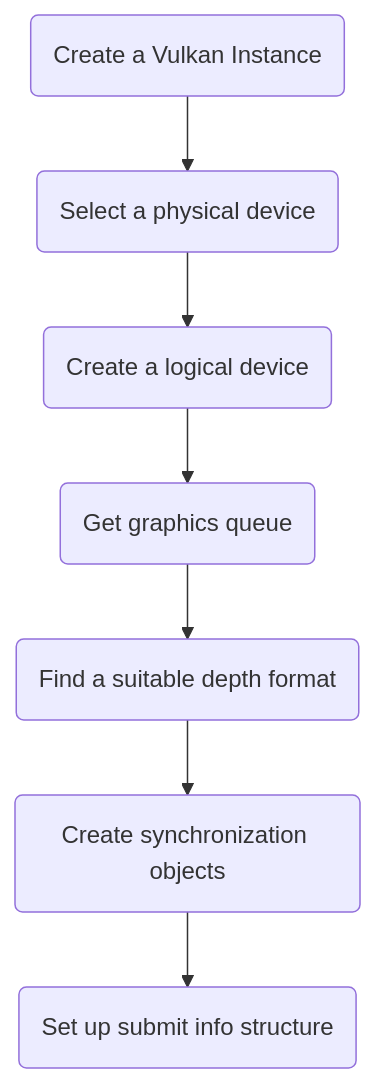
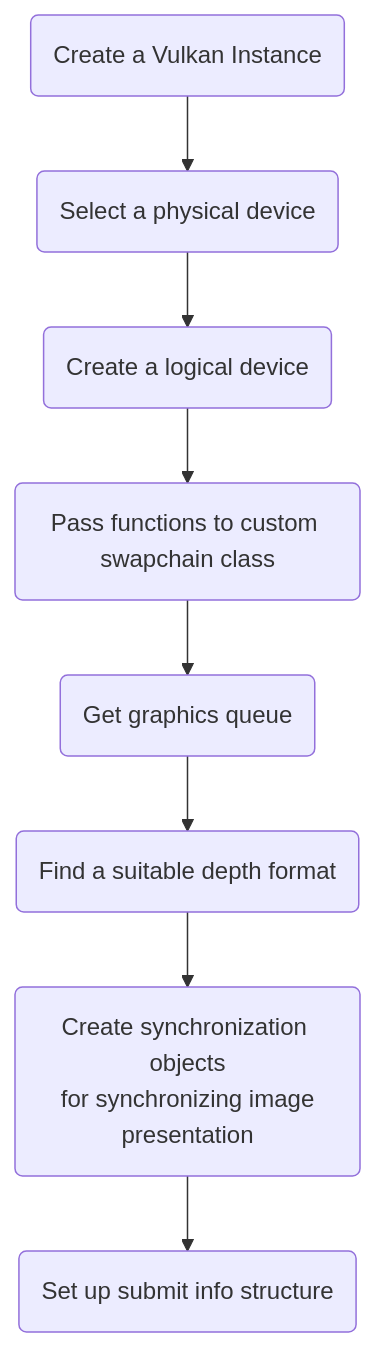
One commit to tsogzark/Vulkan changed the first of 3 diagrams in note.md. Above: the diagram before and after it, drawn with Mermaid. The commit also changed other lines of this file and 1 other file, not shown here.

````diff
--- a/note.md
+++ b/note.md
@@ -7,9 +7,9 @@
 ```mermaid
 flowchart TD
     A1(Create a Vulkan Instance)-->A2(Select a physical device)
-    A2-->A3(Create a logical device)
-    A3-->A4(Get graphics queue)
+    A2-->A3(Create a logical device)-->A8(Pass functions to custom swapchain class)
+    A8-->A4(Get graphics queue)
     A4-->A5(Find a suitable depth format)
-    A5-->A6(Create synchronization objects)
+    A5-->A6(Create synchronization objects\n for synchronizing image presentation)
     A6-->A7(Set up submit info structure)
 ```
````
